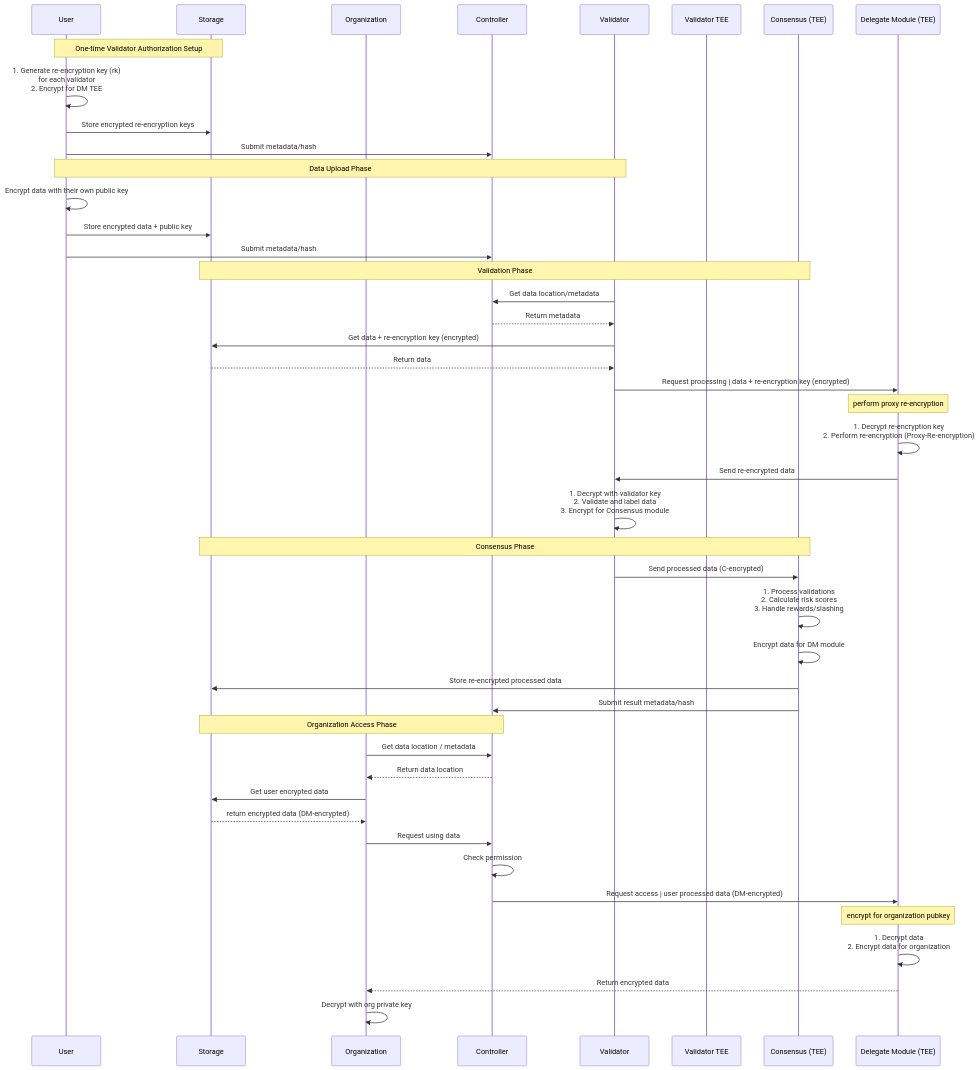
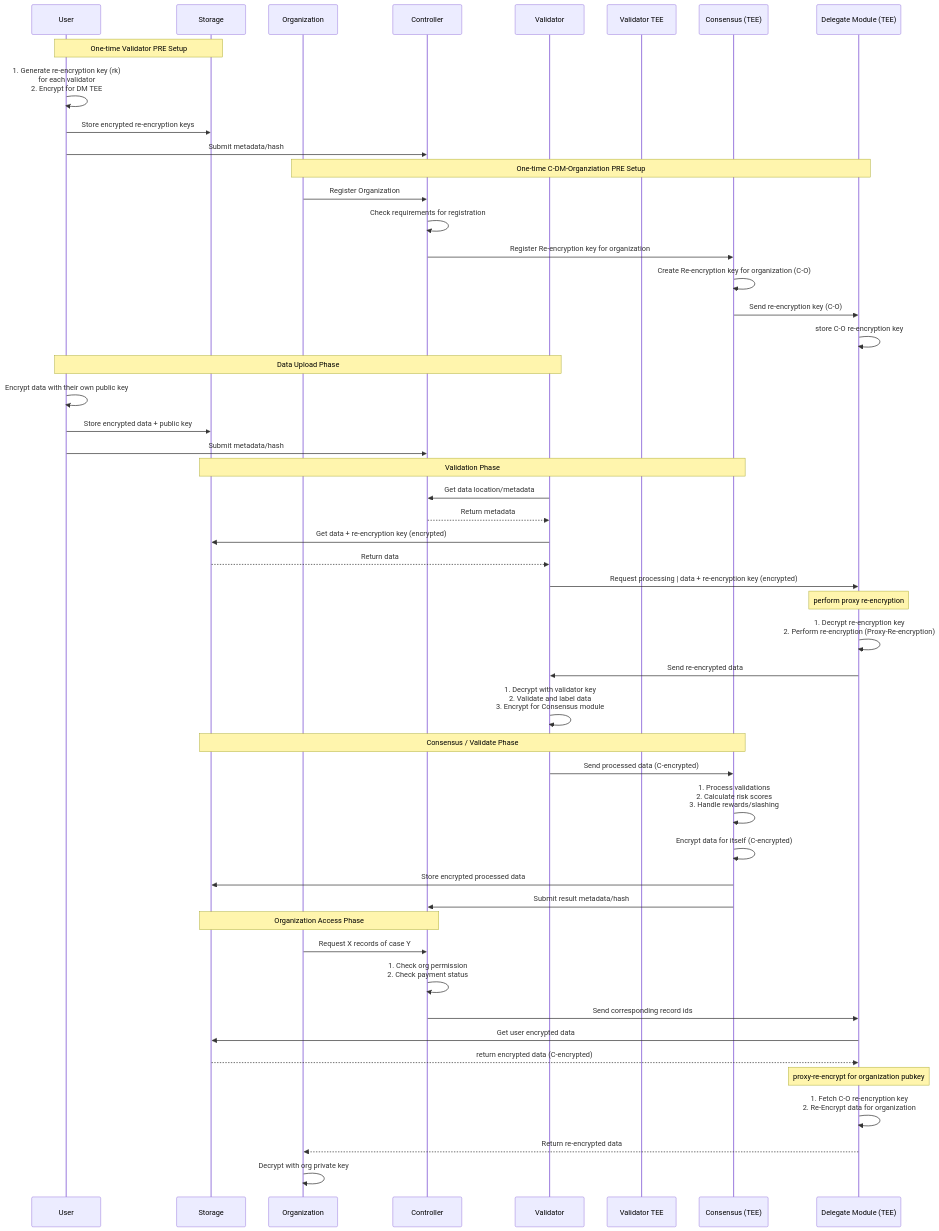
The diagram in docs/flow/system-flow.md (kien-genetica/secure-genom), drawn with Mermaid before and after one commit.

Commit message:
docs: re-encrypt flow for C-O

````diff
--- a/docs/flow/system-flow.md
+++ b/docs/flow/system-flow.md
@@ -1,64 +1,70 @@
 ```mermaid
 sequenceDiagram
     participant U as User
     participant S as Storage
     participant O as Organization
     participant G as Controller
     participant V as Validator
     participant VT as Validator TEE
     participant C as Consensus (TEE)
     participant DM as Delegate Module (TEE)
 
+
+
     %% One-time User Validator Setup
-    Note over U,S: One-time Validator Authorization Setup
+    Note over U,S: One-time Validator PRE Setup
     U->>U: 1. Generate re-encryption key (rk)<br/>for each validator <br/> 2. Encrypt for DM TEE
     U->>S: Store encrypted re-encryption keys
     U->>G: Submit metadata/hash
 
+    %% One-time C-DM-Organziation PRE Setup
+    Note over O,DM: One-time C-DM-Organziation PRE Setup
+    O->>G: Register Organization
+    G->>G: Check requirements for registration
+    G->>C: Register Re-encryption key for organization
+    C->>C: Create Re-encryption key for organization (C-O)
+    C->>DM: Send re-encryption key (C-O)
+    DM->>DM: store C-O re-encryption key
 
 
     %% Data Upload with PRE
     Note over U,V: Data Upload Phase
     U->>U: Encrypt data with their own public key
     U->>S: Store encrypted data + public key
     U->>G: Submit metadata/hash
 
     %% Validator Processing
     Note over S,C: Validation Phase
     V->>G: Get data location/metadata
     G-->>V: Return metadata
     V->>S: Get data + re-encryption key (encrypted)
     S-->>V: Return data
 
     V->>DM: Request processing | data + re-encryption key (encrypted)
     Note over DM: perform proxy re-encryption
     DM->>DM: 1. Decrypt re-encryption key<br/>2. Perform re-encryption (Proxy-Re-encryption)
     DM->>V: Send re-encrypted data
 
     V->>V: 1. Decrypt with validator key<br/>2. Validate and label data <br/> 3. Encrypt for Consensus module
 
     %% Consensus Phase
-    Note over C,S: Consensus Phase
+    Note over C,S: Consensus / Validate Phase
     V->>C: Send processed data (C-encrypted)
     C->>C: 1. Process validations<br/>2. Calculate risk scores<br/>3. Handle rewards/slashing
-    C->>C: Encrypt data for DM module
-    C->>S: Store re-encrypted processed data
+    C->>C: Encrypt data for itself (C-encrypted)
+    C->>S: Store encrypted processed data
     C->>G: Submit result metadata/hash
 
     %% Organization Access
     Note over S,G: Organization Access Phase
-    O->>G: Get data location / metadata
-    G-->>O: Return data location
-    O->>S: Get user encrypted data
-    S-->>O: return encrypted data (DM-encrypted)
+    O->>G: Request X records of case Y
+    G->>G: 1. Check org permission <br/> 2. Check payment status
+    G->>DM: Send corresponding record ids
+    DM->>S: Get user encrypted data
+    S-->>DM: return encrypted data (C-encrypted)
 
-    O->>G: Request using data
-    G->>G: Check permission
-
-    G->>DM: Request access | user processed data (DM-encrypted)
-    Note over DM: encrypt for organization pubkey
-    DM->>DM: 1. Decrypt data <br/> 2. Encrypt data for organization
-    DM-->>O: Return encrypted data
-
+    Note over DM: proxy-re-encrypt for organization pubkey
+    DM->>DM: 1. Fetch C-O re-encryption key <br/> 2. Re-Encrypt data for organization
+    DM-->>O: Return re-encrypted data
     O->>O: Decrypt with org private key
 ```
````
